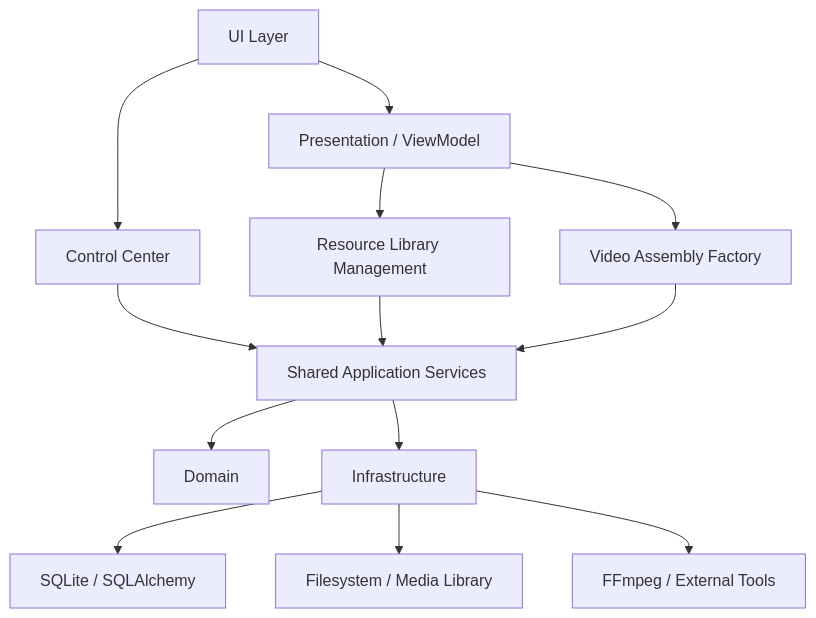
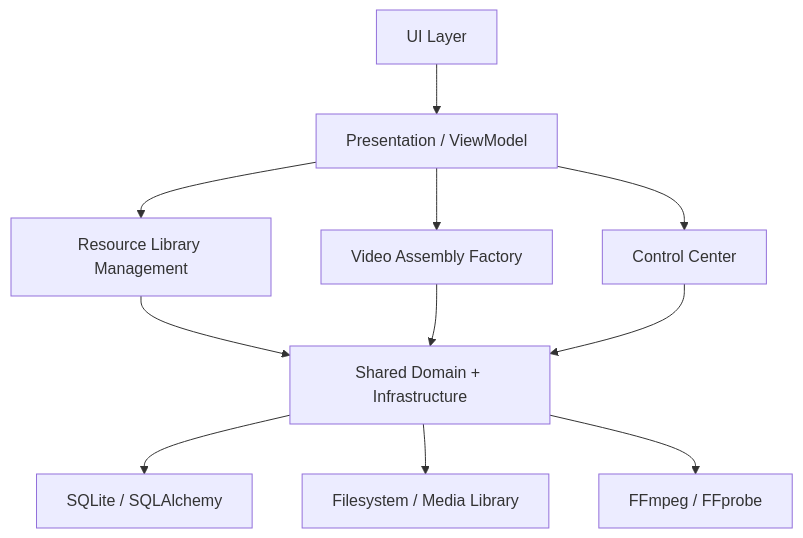
The first of 5 diagrams in doc/10_UML_System_Overview.md (idev006/MTClipFactory), drawn with Mermaid before and after one commit. The commit also changed other lines of this file and 43 other files, not shown here.

````diff
--- a/doc/10_UML_System_Overview.md
+++ b/doc/10_UML_System_Overview.md
@@ -7,15 +7,13 @@
 ```mermaid
 flowchart TB
     UI["UI Layer"] --> VM["Presentation / ViewModel"]
-    UI --> CC["Control Center"]
     VM --> LIB["Resource Library Management"]
     VM --> FAC["Video Assembly Factory"]
-    CC --> APP
-    LIB --> APP["Shared Application Services"]
-    FAC --> APP
-    APP --> DOMAIN["Domain"]
-    APP --> INFRA["Infrastructure"]
-    INFRA --> DB["SQLite / SQLAlchemy"]
-    INFRA --> FS["Filesystem / Media Library"]
-    INFRA --> EXT["FFmpeg / External Tools"]
+    VM --> CC["Control Center"]
+    LIB --> CORE["Shared Domain + Infrastructure"]
+    FAC --> CORE
+    CC --> CORE
+    CORE --> DB["SQLite / SQLAlchemy"]
+    CORE --> FS["Filesystem / Media Library"]
+    CORE --> EXT["FFmpeg / FFprobe"]
 ```
````
